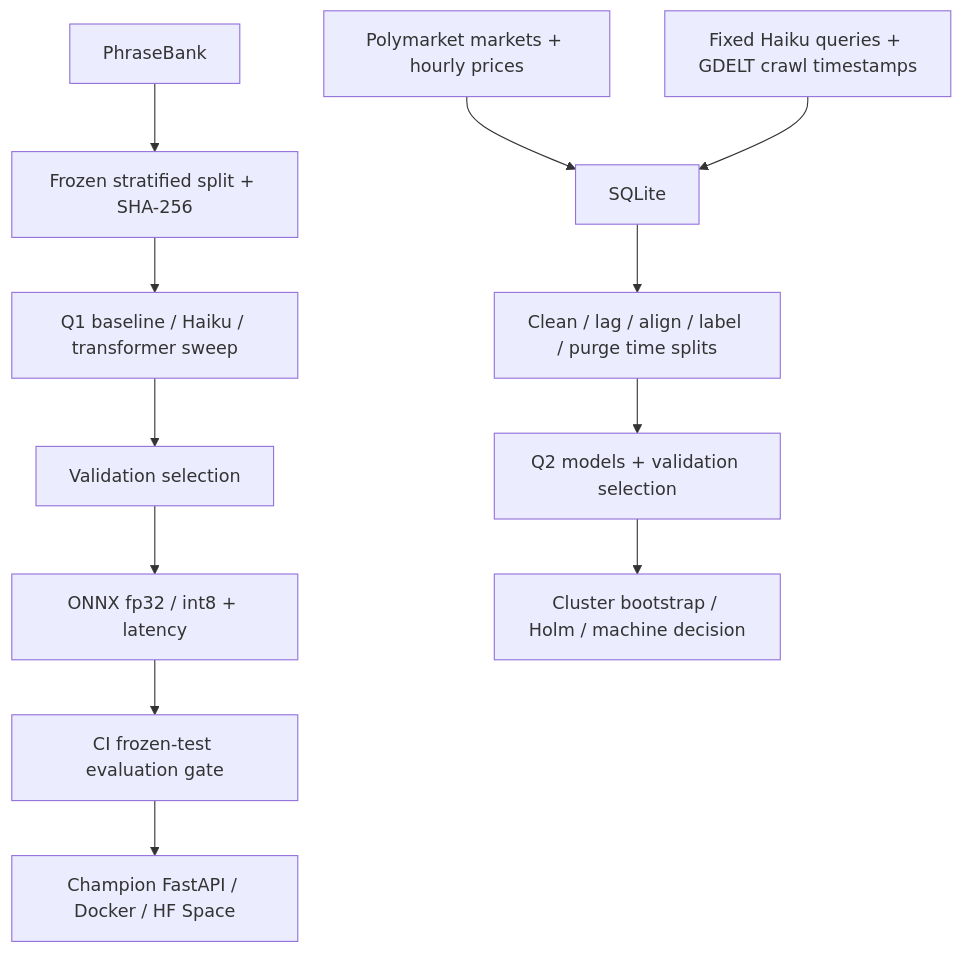
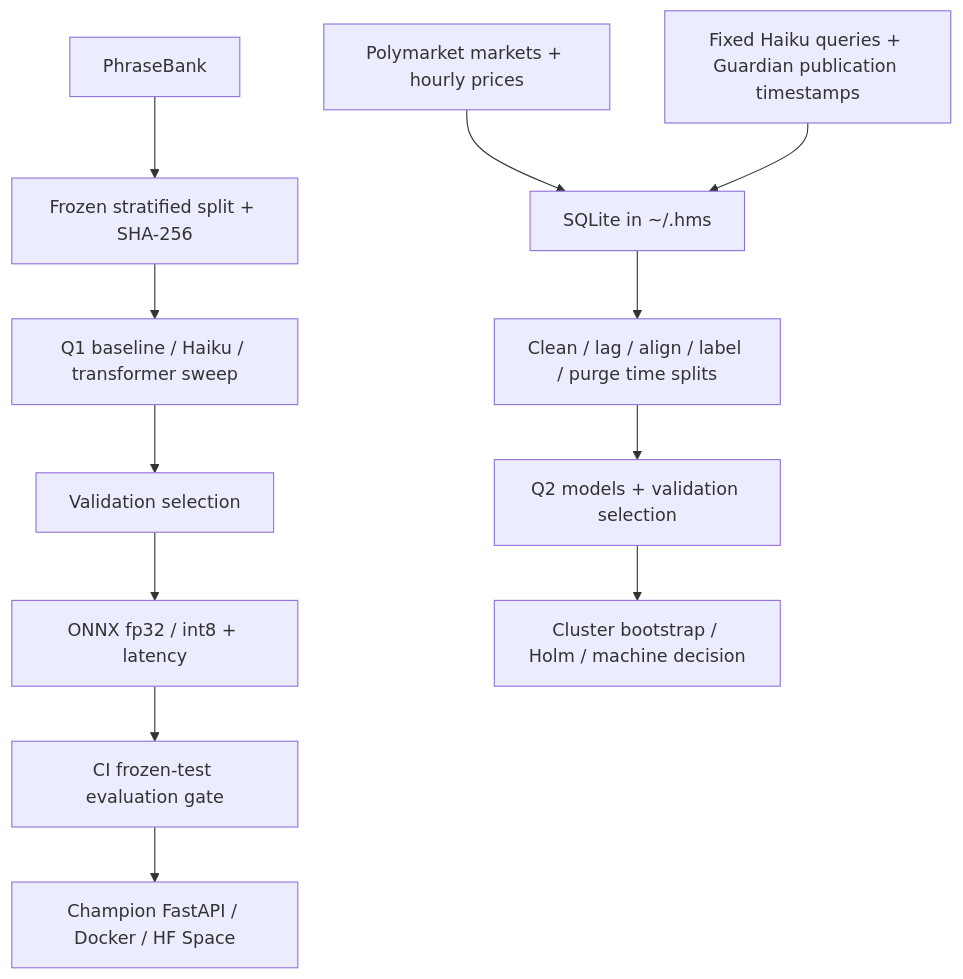
One commit to ibra049/headline-market-signal changed the diagram in README.md. Above: the diagram before and after it, drawn with Mermaid. The commit also changed other lines of this file and 6 other files, not shown here.

````diff
--- a/README.md
+++ b/README.md
@@ -93,14 +110,14 @@
 ```mermaid
 flowchart TD
   P[PhraseBank] --> F[Frozen stratified split + SHA-256]
   F --> Q1[Q1 baseline / Haiku / transformer sweep]
   Q1 --> V[Validation selection]
   V --> O[ONNX fp32 / int8 + latency]
   O --> G[CI frozen-test evaluation gate]
   G --> A[Champion FastAPI / Docker / HF Space]
-  M[Polymarket markets + hourly prices] --> D[SQLite]
-  H[Fixed Haiku queries + GDELT crawl timestamps] --> D
+  M[Polymarket markets + hourly prices] --> D[SQLite in ~/.hms]
+  H[Fixed Haiku queries + Guardian publication timestamps] --> D
   D --> E[Clean / lag / align / label / purge time splits]
   E --> Q2[Q2 models + validation selection]
   Q2 --> R[Cluster bootstrap / Holm / machine decision]
 ```
````
